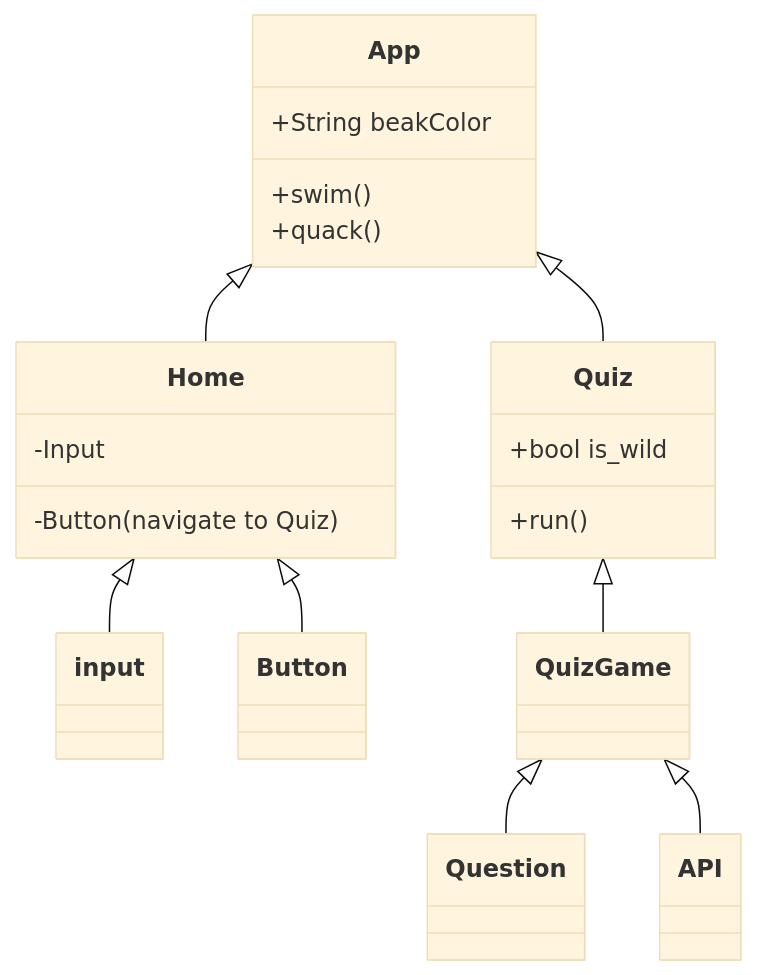
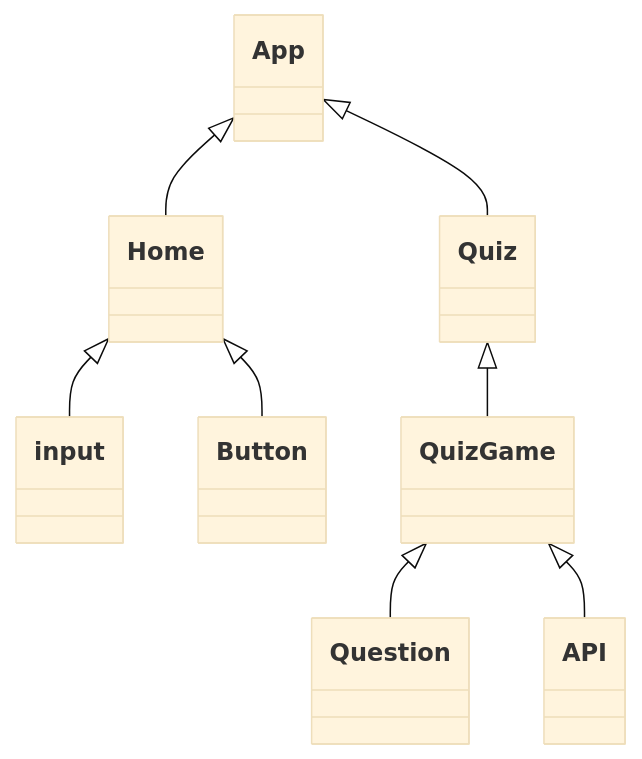
One commit to AdamAgerling/AdamAgerling-testing_typescript-quiz_app changed the diagram in src/Diagrams/classDiagram.md. Above: the diagram before and after it, drawn with Mermaid (base theme). The commit also changed 10 other files, not shown here.

````diff
--- a/src/Diagrams/classDiagram.md
+++ b/src/Diagrams/classDiagram.md
@@ -1,38 +1,35 @@
 ```mermaid
   classDiagram
     App <|-- Home
     App <|-- Quiz
     Home <|-- input
     Home <|-- Button
     Quiz <|-- QuizGame
     QuizGame <|-- Question
     QuizGame <|-- API
+
     class App {
-        +String beakColor
-        +swim()
-        +quack()
+
     }
 
     class Home {
-        -Input
-        -Button(navigate to Quiz)
+
     }
 
     class Quiz {
-        +bool is_wild
-        +run()
+
     }
 
     class QuizGame {
 
     }
 
     class Question {
 
     }
 
    class API {
 
    }
 
 ```
````
